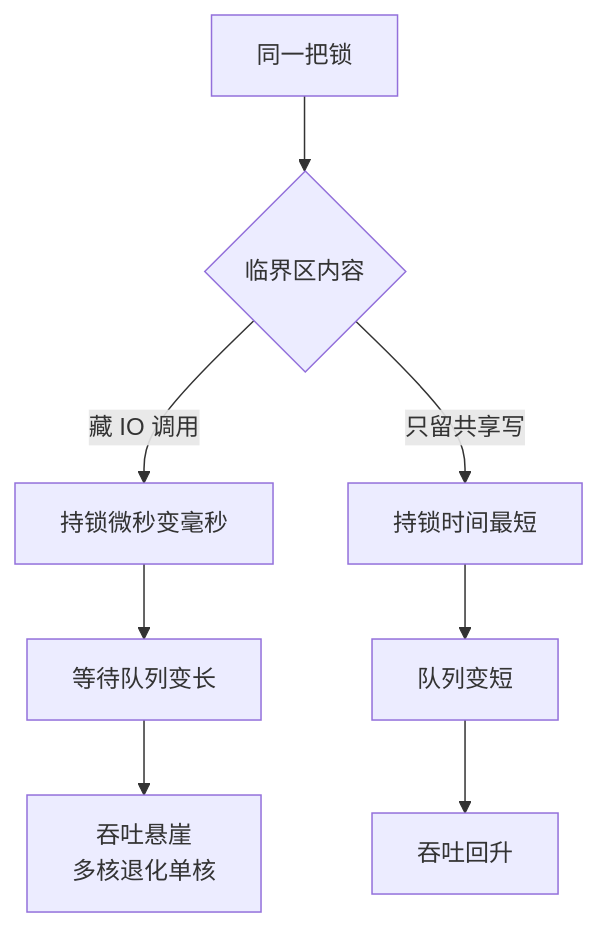
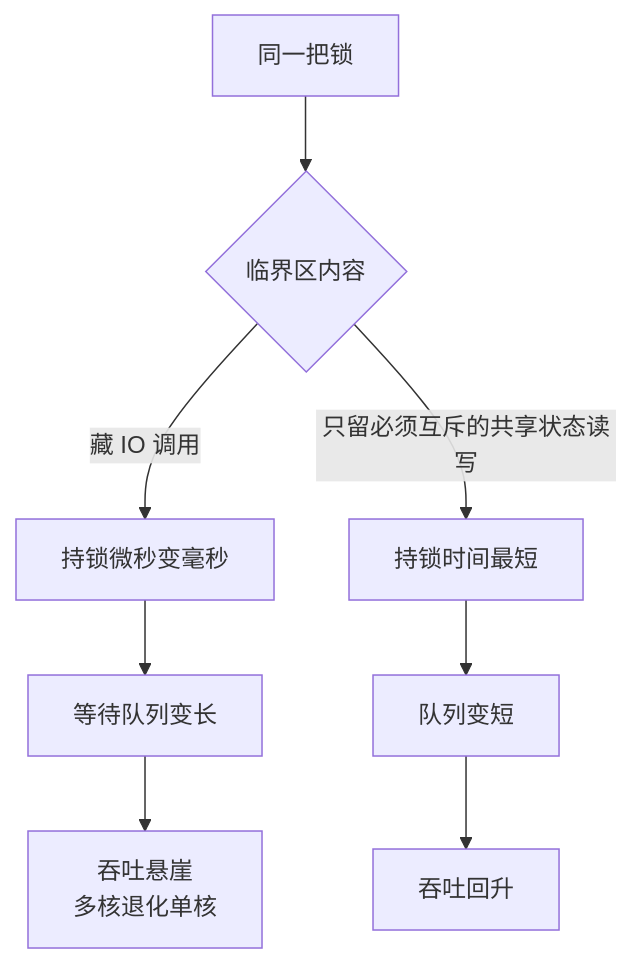
Before and after one commit to hub138/technical-knowledge: the third of 3 diagrams in vault/工程知识/后端系统：在并发、失败与变化中维持服务/任务与并发/锁的竞争要按临界区治理：缩小范围、读写分离、分片加锁三路走.md, drawn with Mermaid. The commit also changed other lines of this file and 622 other files, not shown here.

````diff
--- a/vault/工程知识/后端系统：在并发、失败与变化中维持服务/任务与并发/锁的竞争要按临界区治理：缩小范围、读写分离、分片加锁三路走.md
+++ b/vault/工程知识/后端系统：在并发、失败与变化中维持服务/任务与并发/锁的竞争要按临界区治理：缩小范围、读写分离、分片加锁三路走.md
@@ -50,10 +71,10 @@
 ```mermaid
 graph TD
     L[同一把锁] --> C{临界区内容}
     C -->|藏 IO 调用| A[持锁微秒变毫秒]
     A --> A2[等待队列变长]
     A2 --> A3[吞吐悬崖<br/>多核退化单核]
-    C -->|只留共享写| B[持锁时间最短]
+    C -->|只留必须互斥的共享状态读写| B[持锁时间最短]
     B --> B2[队列变短]
     B2 --> B3[吞吐回升]
 ```
````
